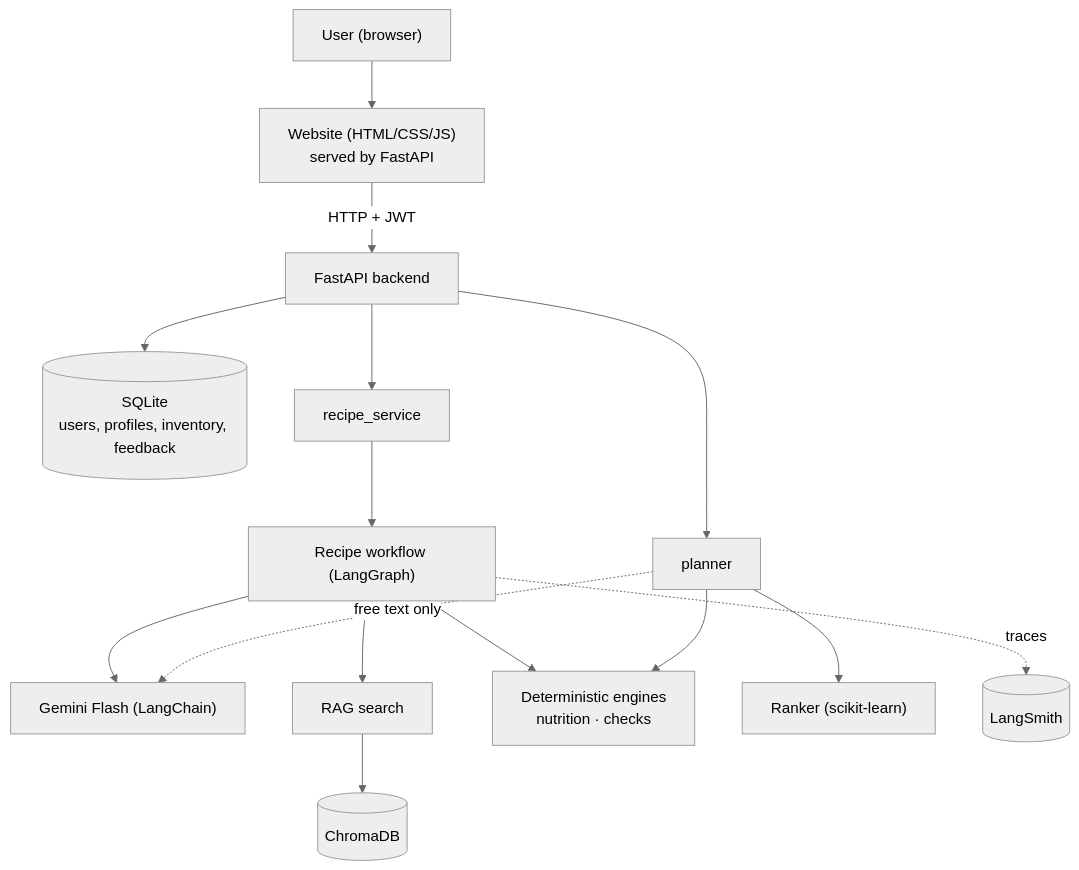
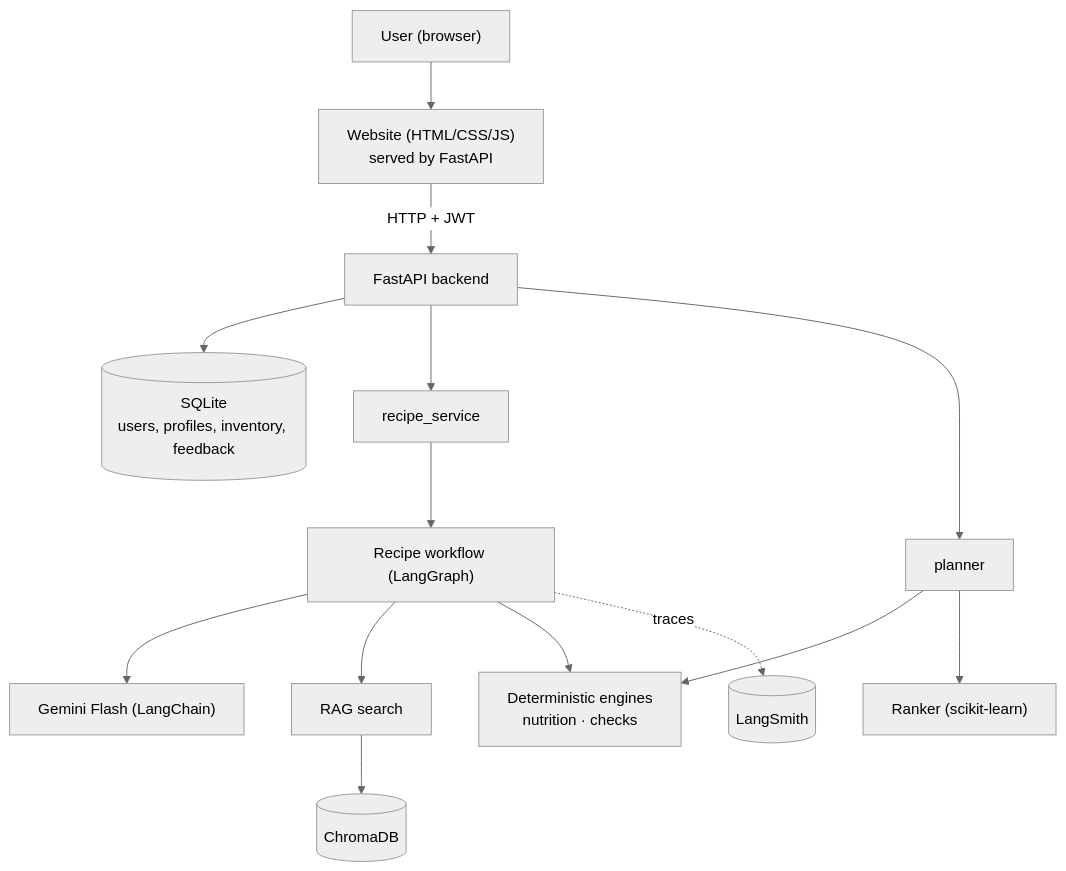
The first of 6 diagrams in docs/architecture.md (ShubhranshuVerma/NutriChef_AI), drawn with Mermaid (neutral theme) before and after one commit. The commit also changed other lines of this file and 12 other files, not shown here.

````diff
--- a/docs/architecture.md
+++ b/docs/architecture.md
@@ -22,16 +22,15 @@
 ```mermaid
 flowchart TB
     U["User (browser)"] --> UI["Website (HTML/CSS/JS)<br/>served by FastAPI"]
     UI -->|"HTTP + JWT"| API["FastAPI backend"]
     API --> DB[("SQLite<br/>users, profiles, inventory, feedback")]
     API --> RS["recipe_service"]
     API --> PL["planner"]
     RS --> G["Recipe workflow (LangGraph)"]
     G --> LLM["Gemini Flash (LangChain)"]
     G --> RAG["RAG search"] --> VS[("ChromaDB")]
     G --> ENG["Deterministic engines<br/>nutrition · checks"]
     PL --> ENG
     PL --> ML["Ranker (scikit-learn)"]
-    PL -.->|"free text only"| LLM
     G -.->|"traces"| LS[("LangSmith")]
 ```
````
